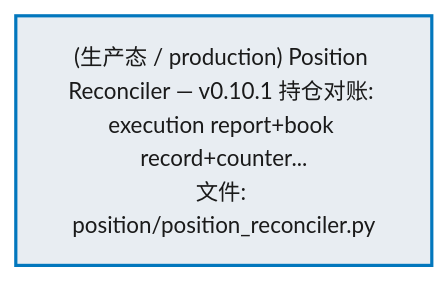
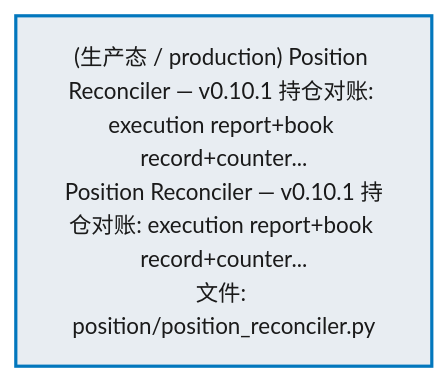
One commit to xuanFelixVan/ZephyrAlpha changed the first of 3 diagrams in docs/02_enterprise_architecture/02_domain_architecture_docs/64_d_position.md. Above: the diagram before and after it, drawn with Mermaid. The commit also changed other lines of this file and 80 other files, not shown here.

````diff
--- a/docs/02_enterprise_architecture/02_domain_architecture_docs/64_d_position.md
+++ b/docs/02_enterprise_architecture/02_domain_architecture_docs/64_d_position.md
@@ -61,10 +63,10 @@
 ```mermaid
 %%{init: {'theme': 'base', 'themeVariables': {'primaryColor': '#eaeaea', 'primaryTextColor': '#333333', 'primaryBorderColor': '#666666', 'lineColor': '#666666', 'secondaryColor': '#eaeaea', 'tertiaryColor': '#eaeaea', 'fontSize': '14px'}}}%%
 flowchart TD
-    src_zephyr_position_position_reconciler_py["(生产态 / production) Position Reconciler — v0.10.1 持仓对账: execution report+book record+counter...<br/>文件: position/position_reconciler.py"]
+    src_zephyr_position_position_reconciler_py["(生产态 / production) Position Reconciler — v0.10.1 持仓对账: execution report+book record+counter...<br/>Position Reconciler — v0.10.1 持仓对账: execution report+book record+counter...<br/>文件: position/position_reconciler.py"]
     classDef production fill:#e8edf2,stroke:#0277bd,stroke-width:2px,color:#1a1a1a
     classDef design fill:#f0ebe3,stroke:#bf360c,stroke-width:2px,color:#1a1a1a,stroke-dasharray: 5 5
     classDef external_prod fill:#e8efe9,stroke:#1b5e20,stroke-width:1px,color:#1a1a1a
     classDef external_design fill:#efe5ea,stroke:#880e4f,stroke-width:1px,color:#1a1a1a,stroke-dasharray: 5 5
     class src_zephyr_position_position_reconciler_py production
 ```
````
